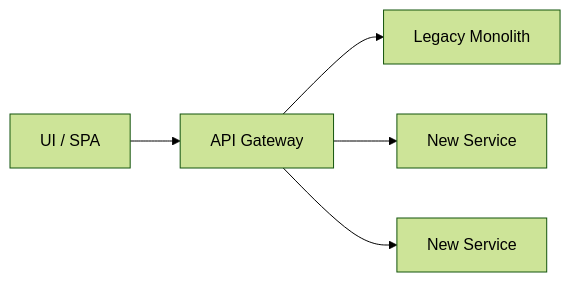
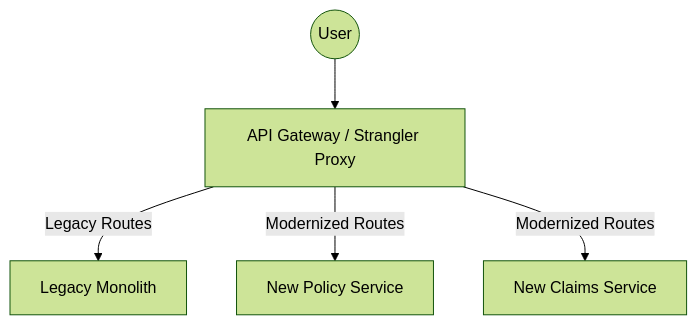
Before and after one commit to shameed/shameed.github.io: the first of 2 diagrams in _posts/2025-01-01-legacy-to-microservices.md, drawn with Mermaid (forest theme). The commit also changed other lines of this file and 8 other files, not shown here.

````diff
--- a/_posts/2025-01-01-legacy-to-microservices.md
+++ b/_posts/2025-01-01-legacy-to-microservices.md
@@ -29,12 +23,13 @@
 ```mermaid
-graph LR
-UI[UI / SPA]
-API[API Gateway]
-Legacy[Legacy Monolith]
-Svc1[New Service]
-Svc2[New Service]  
-UI --> API
-API --> Legacy
-API --> Svc1
-API --> Svc2
+graph TD
+    User((User))
+    Proxy[API Gateway / Strangler Proxy]
+    Legacy[Legacy Monolith]
+    NewSvc1[New Policy Service]
+    NewSvc2[New Claims Service]
+
+    User --> Proxy
+    Proxy -- "Legacy Routes" --> Legacy
+    Proxy -- "Modernized Routes" --> NewSvc1
+    Proxy -- "Modernized Routes" --> NewSvc2
 ```
````
